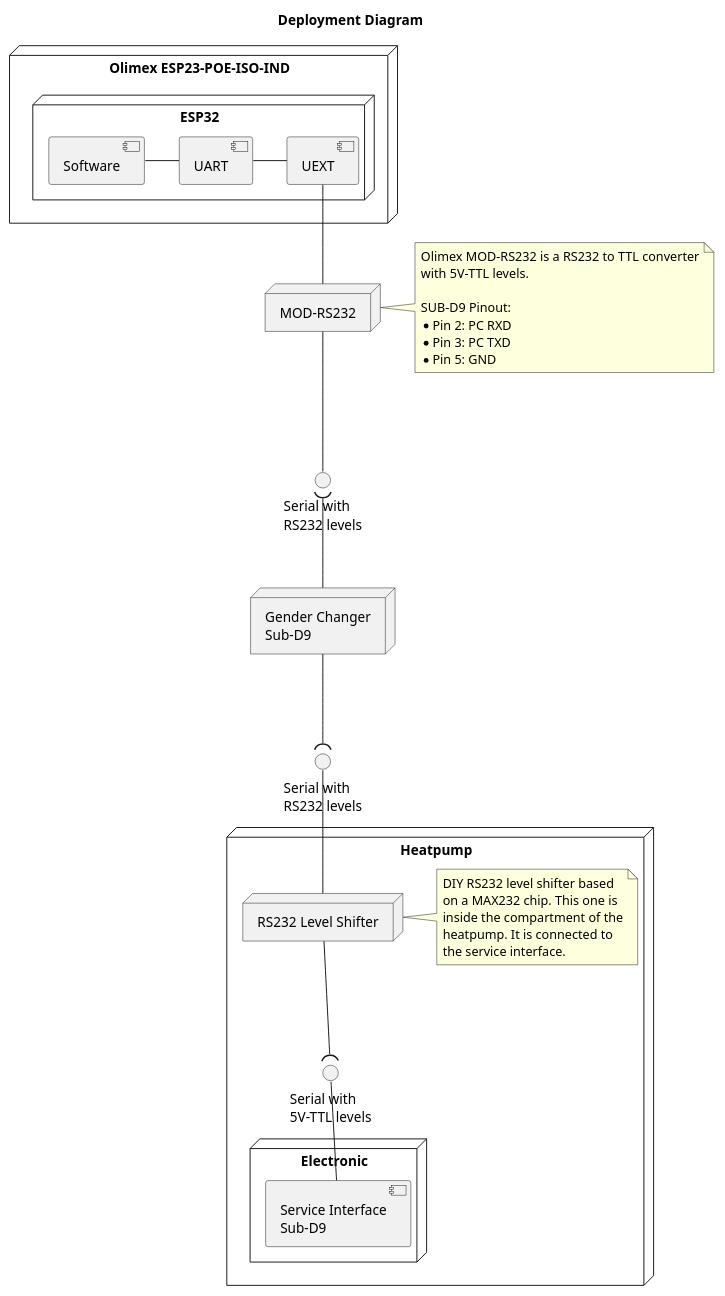
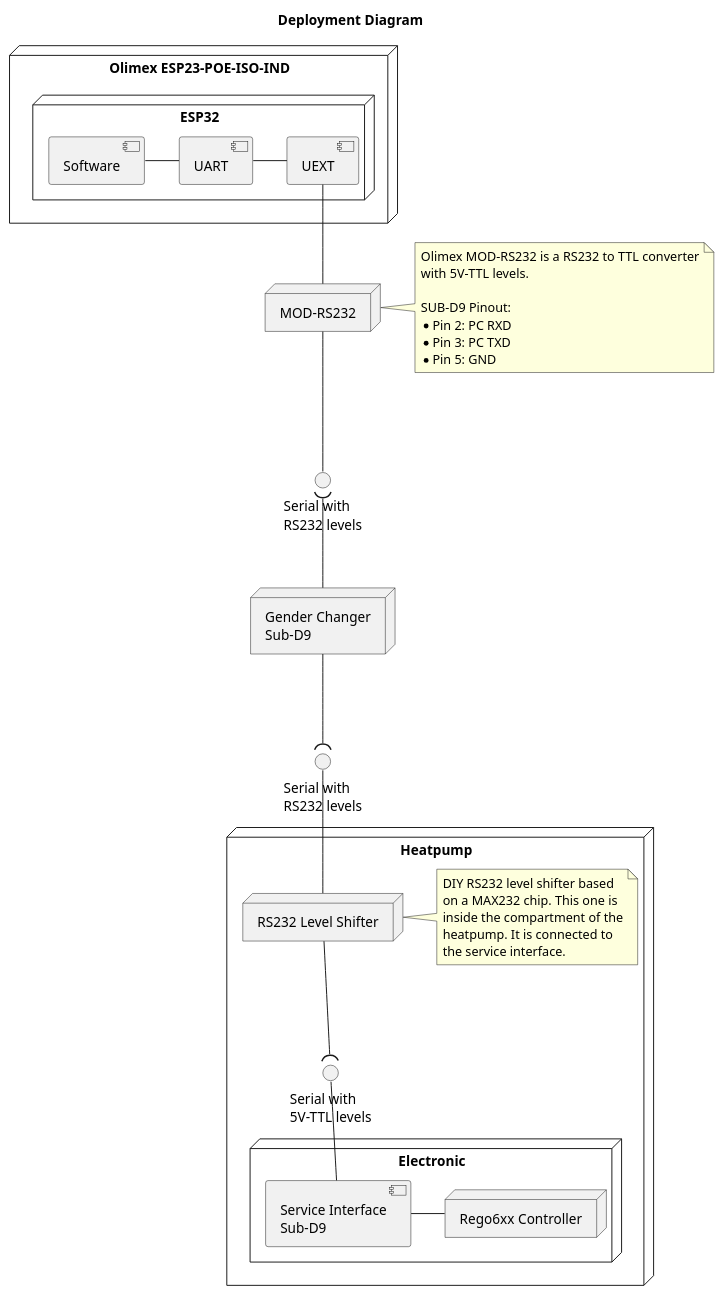
Before and after one commit to BlueAndi/IVTRego6xxControl: the diagram in doc/sw-architecture/deployment_diagram.puml, drawn with PlantUML.

Commit message:
Rego6xx controller added to deployment diagram.

```diff
--- a/doc/sw-architecture/deployment_diagram.puml
+++ b/doc/sw-architecture/deployment_diagram.puml
@@ -1,59 +1,62 @@
 @startuml deployment_diagram
 
 title Deployment Diagram
 
 node "Olimex ESP23-POE-ISO-IND" {
 
     node "ESP32" as esp32 {
         component "Software" as sw
         component "UART" as uart
         component "UEXT" as uext
 
         sw - uart
         uart - uext
     }
 }
 
 node "MOD-RS232" as modRS232
 
 node "Heatpump" as heatPump {
     node "RS232 Level Shifter" as rs232LevelShifter
     interface "Serial with\n5V-TTL levels" as iSerialTTL
 
     node "Electronic" as electronic {
         component "Service Interface\nSub-D9" as serviceInterface
+        node "Rego6xx Controller" as rego6xx
+
+        serviceInterface - rego6xx
     }
     
     rs232LevelShifter --( iSerialTTL
     iSerialTTL -- serviceInterface
 
     note right of rs232LevelShifter
         DIY RS232 level shifter based
         on a MAX232 chip. This one is
         inside the compartment of the
         heatpump. It is connected to
         the service interface.
     end note
 }
 
 interface "Serial with\nRS232 levels" as iSerialRS232_1
 interface "Serial with\nRS232 levels" as iSerialRS232_2
 node "Gender Changer\nSub-D9" as genderChanger
 
 uext -- modRS232
 modRS232 -- iSerialRS232_1
 iSerialRS232_1 )-- genderChanger
 genderChanger --( iSerialRS232_2
 iSerialRS232_2 -- rs232LevelShifter
 
 note right of modRS232
     Olimex MOD-RS232 is a RS232 to TTL converter
     with 5V-TTL levels.
 
     SUB-D9 Pinout:
     * Pin 2: PC RXD
     * Pin 3: PC TXD
     * Pin 5: GND
 end note
 
 @enduml
```
